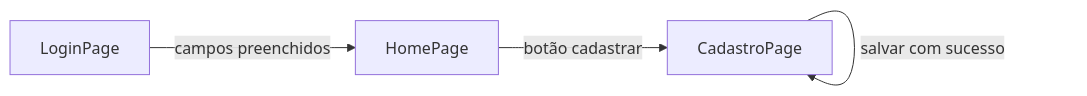
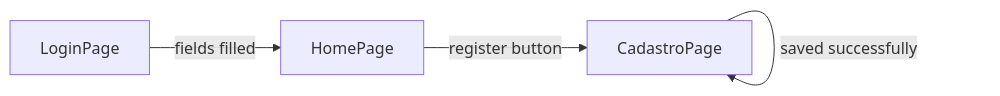
Before and after one commit to ChristopherDond/SchoolLogin: the diagram in README.md, drawn with Mermaid. The commit also changed other lines of this file and 1 other file, not shown here.

````diff
--- a/README.md
+++ b/README.md
@@ -37,6 +39,6 @@
 ```mermaid
 graph LR
-    A[LoginPage] -->|campos preenchidos| B[HomePage]
-    B -->|botão cadastrar| C[CadastroPage]
-    C -->|salvar com sucesso| C
+    A[LoginPage] -->|fields filled| B[HomePage]
+    B -->|register button| C[CadastroPage]
+    C -->|saved successfully| C
 ```
````
